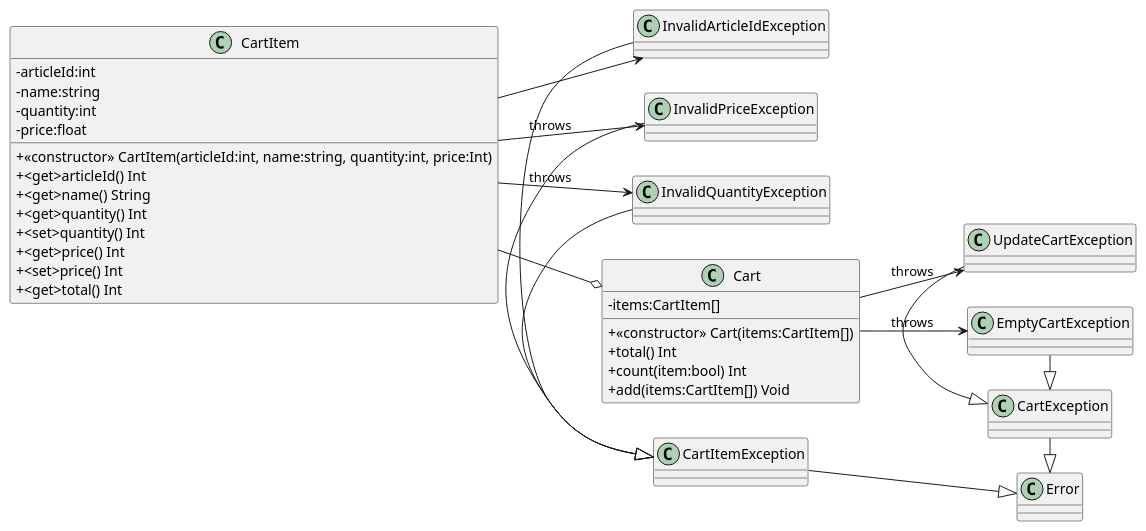
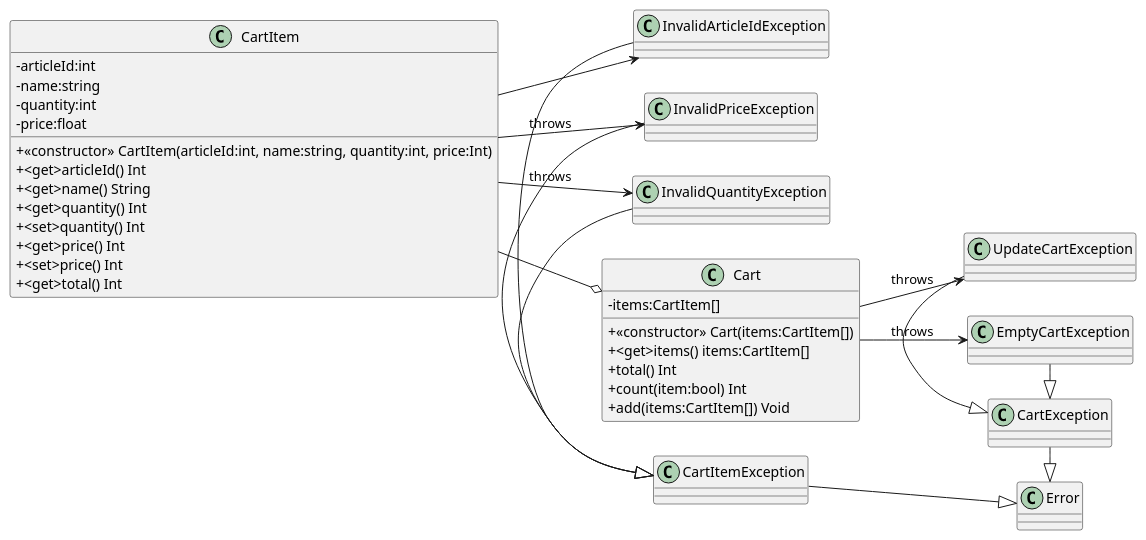
One commit to T5uy0/Shopping-JulienSchneider changed the diagram in docs/class-diagram.puml. Above: the diagram before and after it, drawn with PlantUML.

Commit message:
docs: update class diagram

```diff
--- a/docs/class-diagram.puml
+++ b/docs/class-diagram.puml
@@ -1,63 +1,64 @@
 @startuml
 
 left to right direction
 skinparam classAttributeIconSize 0
 
 'Classes declaration
 class CartItem {
 
     - articleId:int
     - name:string
     - quantity:int
     - price:float
 
     + <<constructor>> CartItem(articleId:int, name:string, quantity:int, price:Int)
     +<get>articleId() Int
     +<get>name() String
     +<get>quantity() Int
     +<set>quantity() Int
     +<get>price() Int
     +<set>price() Int
     +<get>total() Int
 }
 
 class Cart {
     - items:CartItem[]
     + <<constructor>> Cart(items:CartItem[])
+    +<get>items() items:CartItem[]
     + total() Int
     + count(item:bool) Int
     + add(items:CartItem[]) Void
 }
 
 class Error{}
 'CartItem
 class CartItemException{}
 class InvalidArticleIdException{}
 class InvalidQuantityException{}
 class InvalidPriceException{}
 
 'Cart
 class CartException{}
 class EmptyCartException{}
 class UpdateCartException{}
 
 CartItem --o Cart
 Cart --> EmptyCartException : throws
 Cart --> UpdateCartException : throws
 CartException -|> Error
 EmptyCartException -|> CartException
 UpdateCartException -|> CartException
 
 'CartItem
 CartItem --> InvalidArticleIdException
 CartItem --> InvalidQuantityException : throws
 CartItem --> InvalidPriceException : throws
 
 InvalidArticleIdException -|> CartItemException
 InvalidPriceException -|> CartItemException
 InvalidQuantityException -|> CartItemException
 CartItemException -|> Error
 
 
 
 @enduml
```
